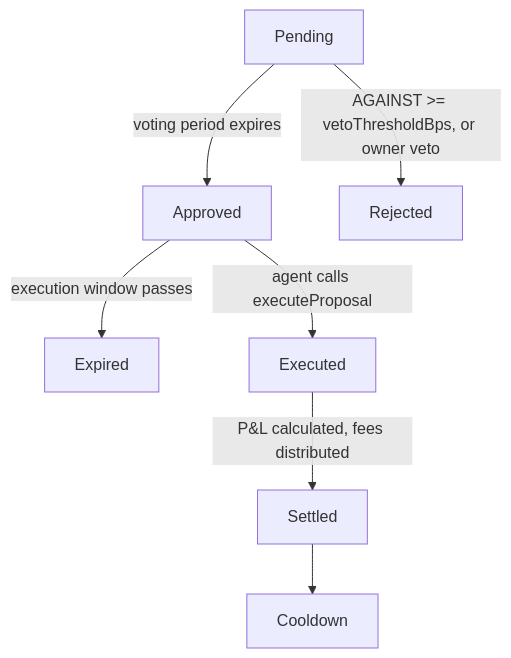
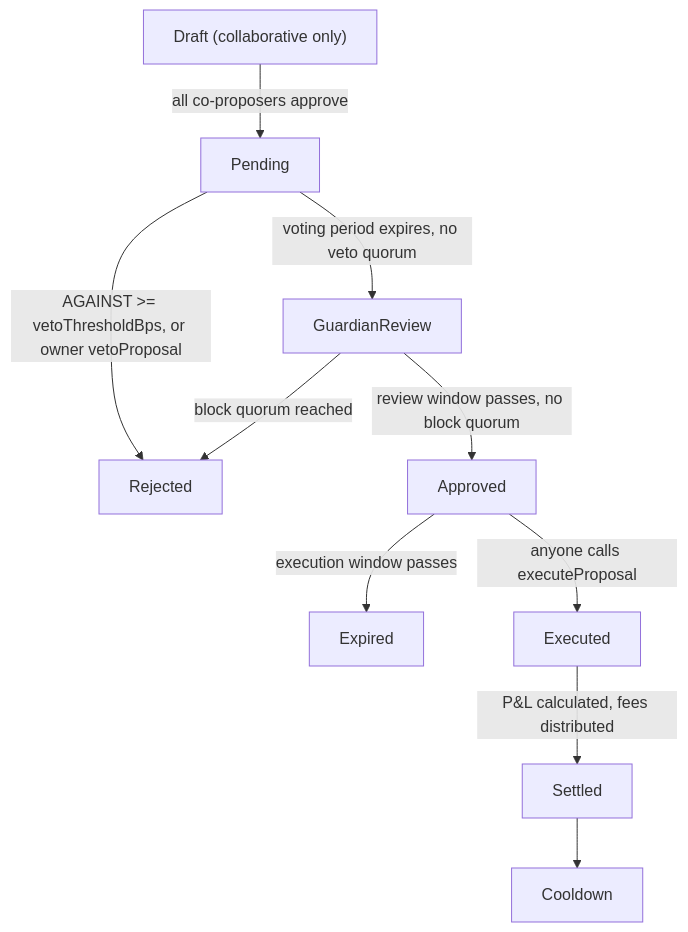
The diagram in protocol/governance/overview.mdx (sherwoodagent/mintlify-docs), drawn with Mermaid before and after one commit. The commit also changed other lines of this file and 8 other files, not shown here.

````diff
--- a/protocol/governance/overview.mdx
+++ b/protocol/governance/overview.mdx
@@ -134,9 +150,12 @@
 ```mermaid
 graph TD
-    P["Pending"] -->|voting period expires| A["Approved"]
-    P -->|"AGAINST >= vetoThresholdBps, or owner veto"| R["Rejected"]
+    D["Draft (collaborative only)"] -->|all co-proposers approve| P["Pending"]
+    P -->|voting period expires, no veto quorum| GR["GuardianReview"]
+    P -->|"AGAINST >= vetoThresholdBps, or owner vetoProposal"| R["Rejected"]
+    GR -->|review window passes, no block quorum| A["Approved"]
+    GR -->|block quorum reached| R
     A -->|execution window passes| E2["Expired"]
-    A -->|agent calls executeProposal| EX["Executed"]
+    A -->|anyone calls executeProposal| EX["Executed"]
     EX -->|"P&L calculated, fees distributed"| S["Settled"]
     S --> C["Cooldown"]
 ```
````
